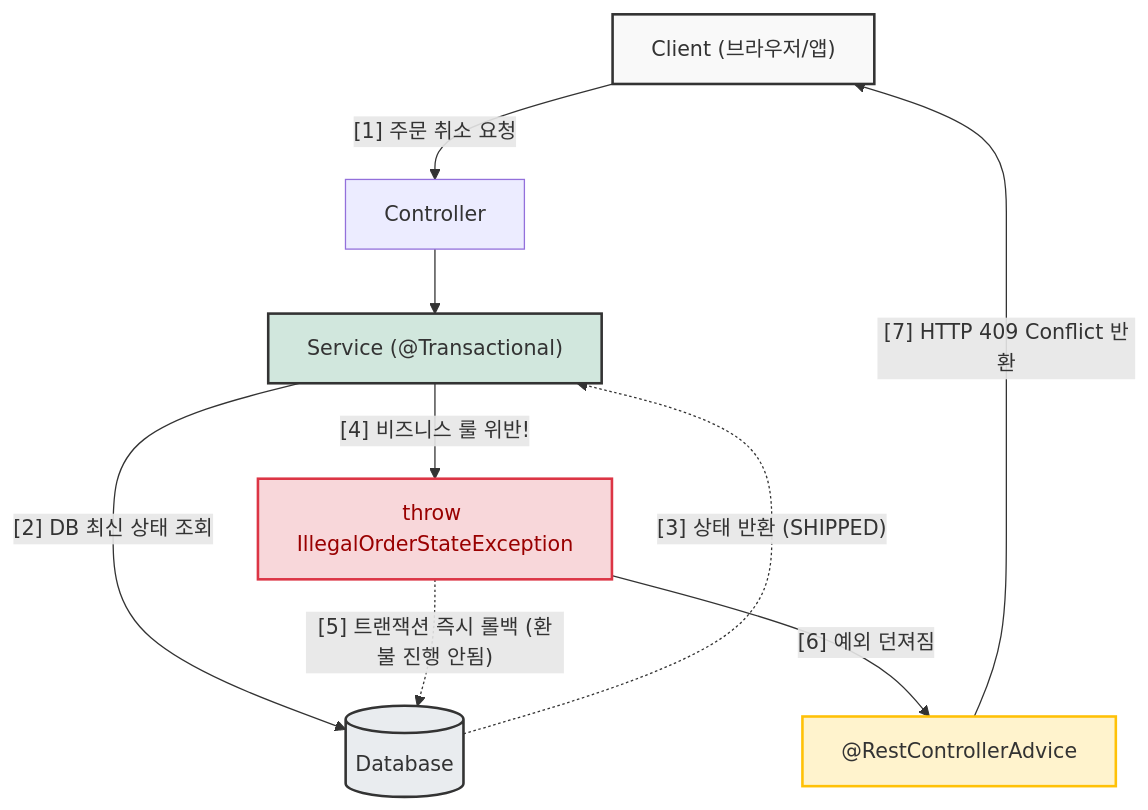
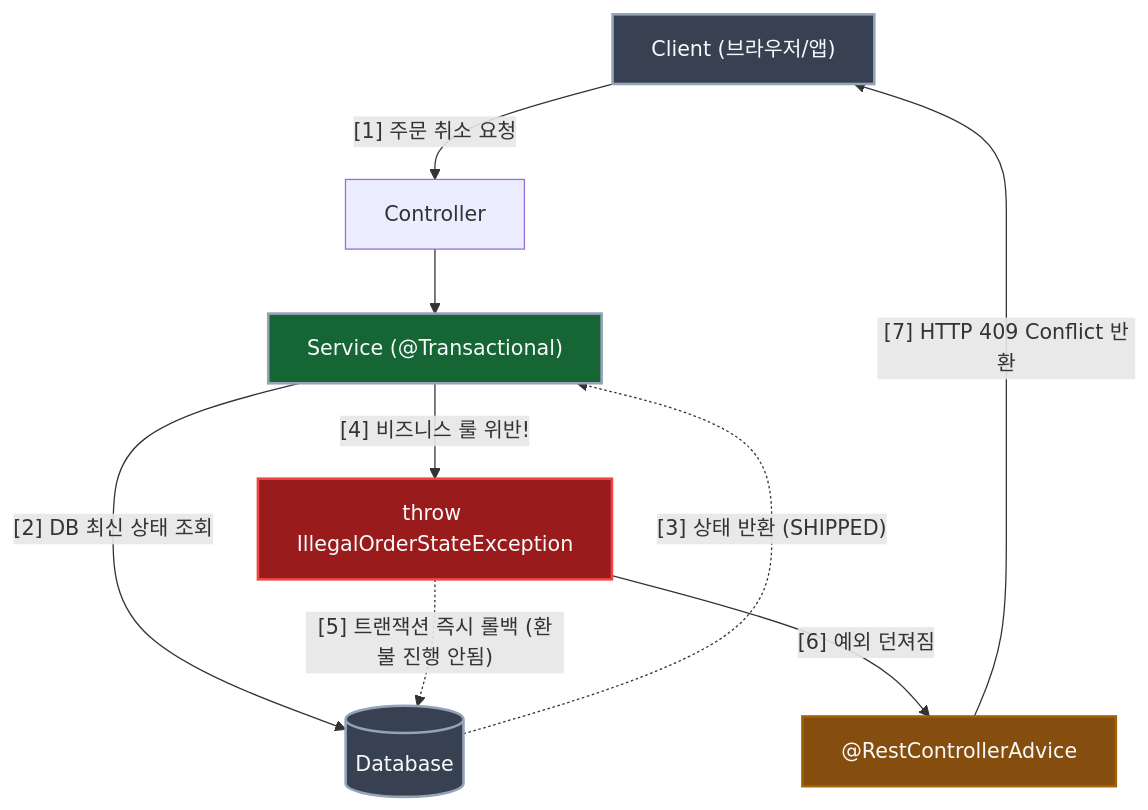
Before and after one commit to Kang-Hyesung/kang-hyesung.github.io: the third of 3 diagrams in _posts/java/11-예외처리/2026-02-25-두-가지-예외-종류.md, drawn with Mermaid. The commit also changed other lines of this file and 74 other files, not shown here.

Commit message:
docs: update post visibility and mermaid colors

````diff
--- a/_posts/java/11-예외처리/2026-02-25-두-가지-예외-종류.md
+++ b/_posts/java/11-예외처리/2026-02-25-두-가지-예외-종류.md
@@ -337,23 +337,23 @@
 ```mermaid
 graph TD
     A["Client (브라우저/앱)"] -->|"[1] 주문 취소 요청"| B["Controller"]
     B --> C["Service (@Transactional)"]
     
     C -->|"[2] DB 최신 상태 조회"| D[("Database")]
     D -.->|"[3] 상태 반환 (SHIPPED)"| C
     
     C -->|"[4] 비즈니스 룰 위반!"| E["throw IllegalOrderStateException"]
     
     E -.->|"[5] 트랜잭션 즉시 롤백 (환불 진행 안됨)"| D
     E -->|"[6] 예외 던져짐"| F["@RestControllerAdvice"]
     
     F -->|"[7] HTTP 409 Conflict 반환"| A
     
     %% 스타일
-    style A fill:#f9f9f9,stroke:#333,stroke-width:2px
-    style C fill:#d1e7dd,stroke:#333,stroke-width:2px
-    style D fill:#e9ecef,stroke:#333,stroke-width:2px
-    style E fill:#f8d7da,stroke:#dc3545,stroke-width:2px,color:#900
-    style F fill:#fff3cd,stroke:#ffc107,stroke-width:2px
+    style A fill:#374151,stroke:#94a3b8,stroke-width:2px,color:#f8fafc
+    style C fill:#166534,stroke:#94a3b8,stroke-width:2px,color:#f8fafc
+    style D fill:#374151,stroke:#94a3b8,stroke-width:2px,color:#f8fafc
+    style E fill:#991b1b,stroke:#ef4444,stroke-width:2px,color:#f8fafc
+    style F fill:#854d0e,stroke:#a16207,stroke-width:2px,color:#f8fafc
 
 ```
````
